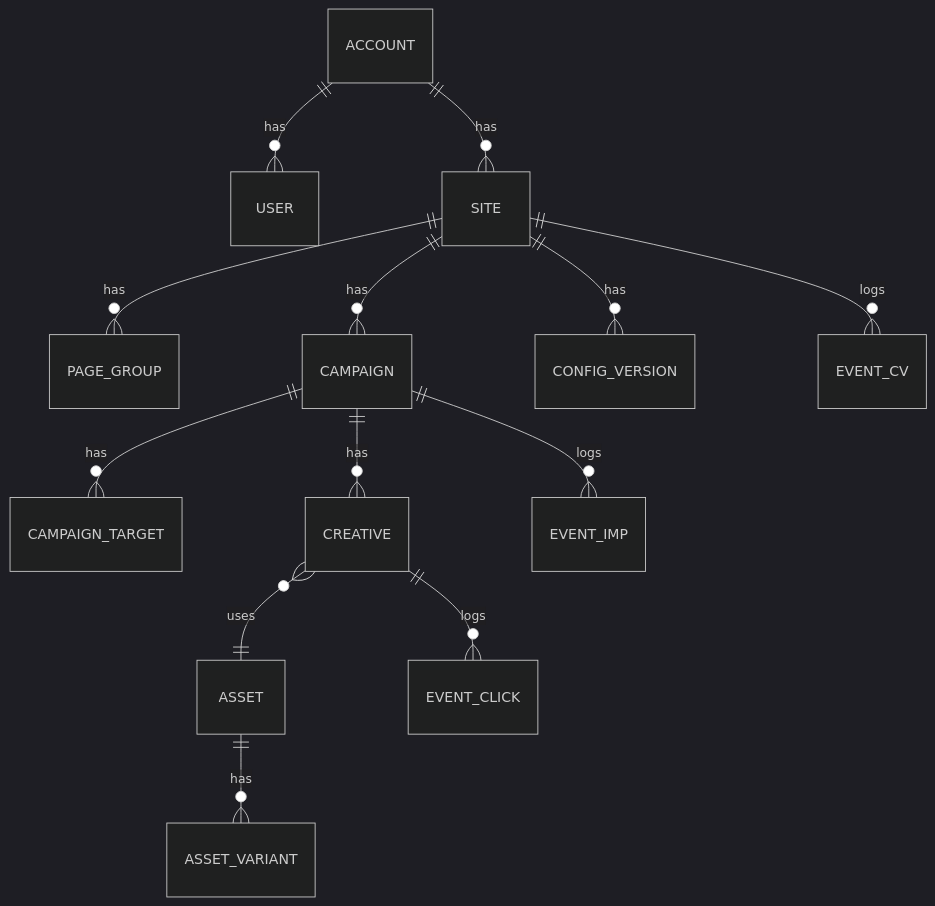
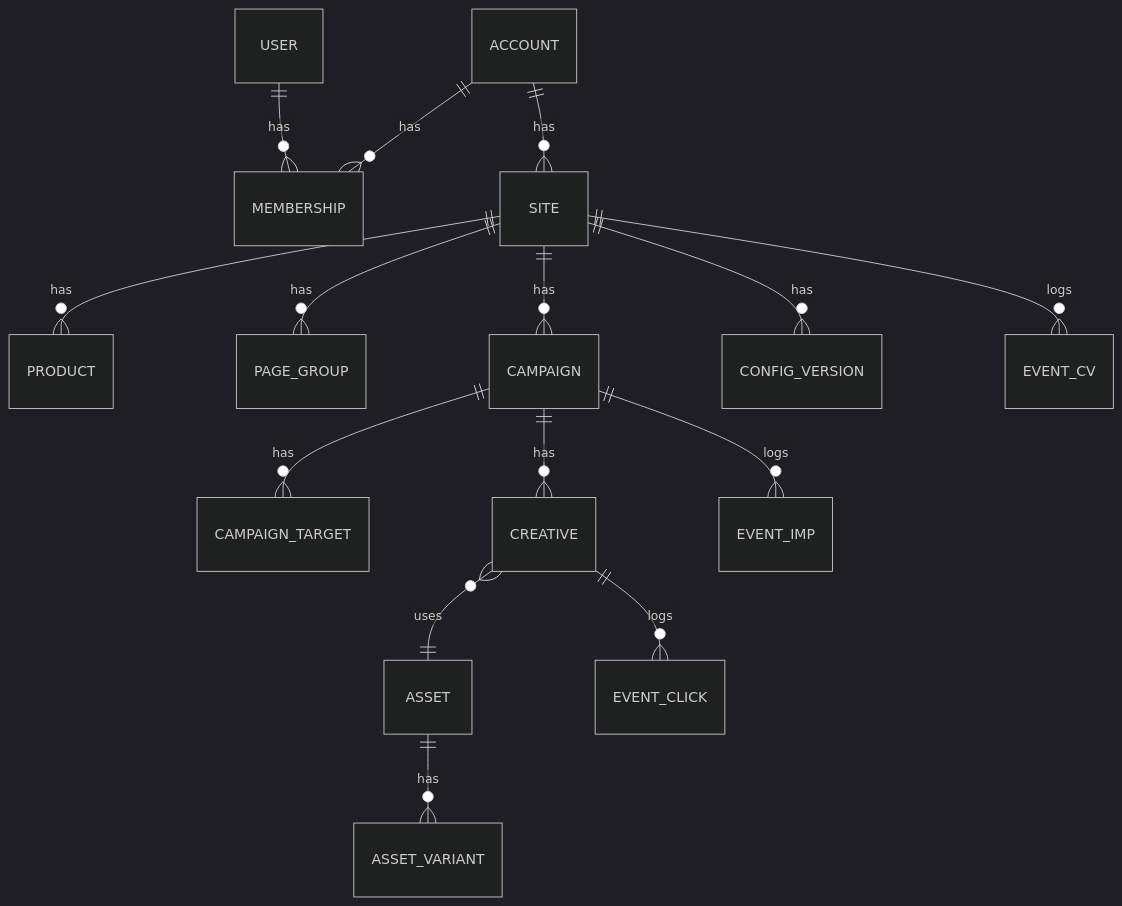
One commit to t-kamiya-lgtm/popup changed the diagram in docs/03-data-model.md. Above: the diagram before and after it, drawn with Mermaid (dark theme). The commit also changed other lines of this file and 10 other files, not shown here.

````diff
--- a/docs/03-data-model.md
+++ b/docs/03-data-model.md
@@ -5,15 +10,17 @@
 ```mermaid
 erDiagram
-  ACCOUNT ||--o{ USER : has
+  ACCOUNT ||--o{ MEMBERSHIP : has
+  USER ||--o{ MEMBERSHIP : has
   ACCOUNT ||--o{ SITE : has
+  SITE ||--o{ PRODUCT : has
   SITE ||--o{ PAGE_GROUP : has
   SITE ||--o{ CAMPAIGN : has
   SITE ||--o{ CONFIG_VERSION : has
   CAMPAIGN ||--o{ CAMPAIGN_TARGET : has
   CAMPAIGN ||--o{ CREATIVE : has
   CREATIVE }o--|| ASSET : uses
   ASSET ||--o{ ASSET_VARIANT : has
   CAMPAIGN ||--o{ EVENT_IMP : logs
   CREATIVE ||--o{ EVENT_CLICK : logs
   SITE ||--o{ EVENT_CV : logs
 ```
````
